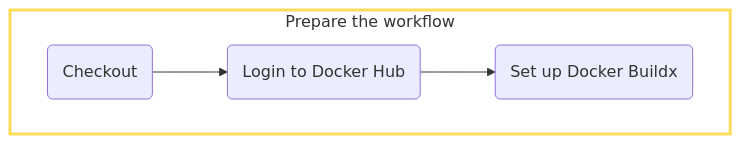
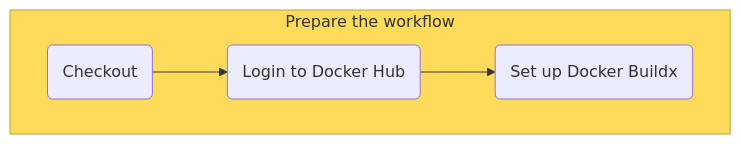
One commit to DevOps-2024-group-p/maxitwit changed the seventh of 10 diagrams in report/report.md. Above: the diagram before and after it, drawn with Mermaid. The commit also changed other lines of this file, not shown here.

````diff
--- a/report/report.md
+++ b/report/report.md
@@ -220,10 +223,9 @@
 ```mermaid
-
 flowchart TB
     subgraph P["Prepare the workflow"]
         id0("Checkout")-->id1("Login to Docker Hub")
         id1-->id2("Set up Docker Buildx") 
     end
     
-    style P stroke:#FFDB5C, stroke-width:3px, fill:#FFFFFF
+    style P fill:#FFDB5C
 ```
````
